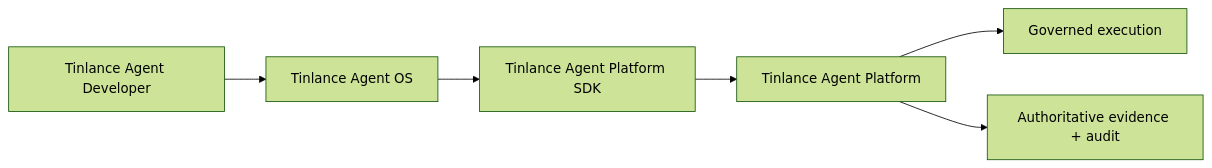
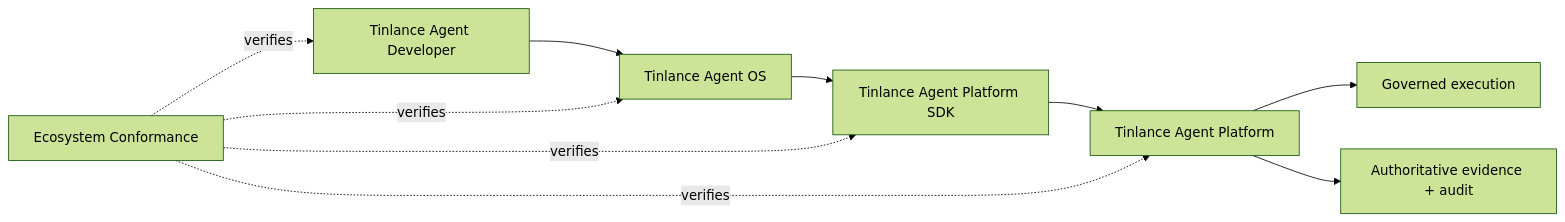
The diagram in README.md (LloydCoder/tinlance-agent-os), drawn with Mermaid (forest theme) before and after one commit. The commit also changed other lines of this file and 3 other files, not shown here.

First line of the commit message:
docs: reconcile ecosystem conformance (#114)

````diff
--- a/README.md
+++ b/README.md
@@ -24,8 +24,12 @@
 ```mermaid
 flowchart LR
     D[Tinlance Agent Developer] --> O[Tinlance Agent OS]
     O --> S[Tinlance Agent Platform SDK]
     S --> P[Tinlance Agent Platform]
     P --> X[Governed execution]
     P --> V[Authoritative evidence + audit]
+    C[Ecosystem Conformance] -. verifies .-> D
+    C -. verifies .-> O
+    C -. verifies .-> S
+    C -. verifies .-> P
 ```
````
